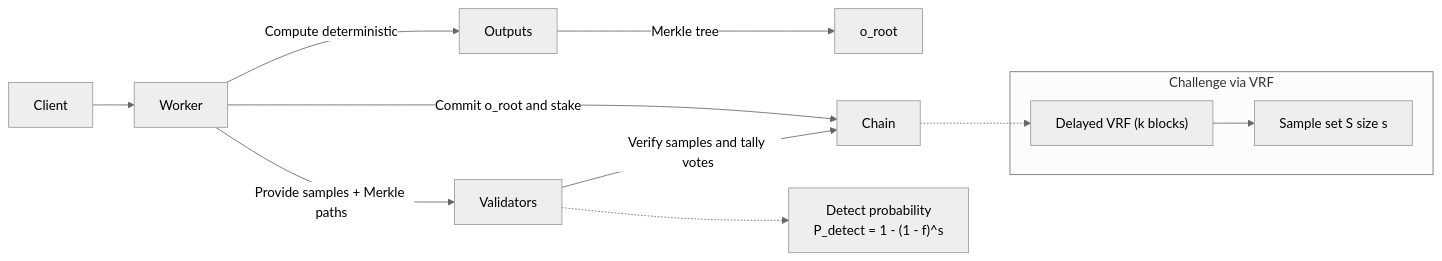
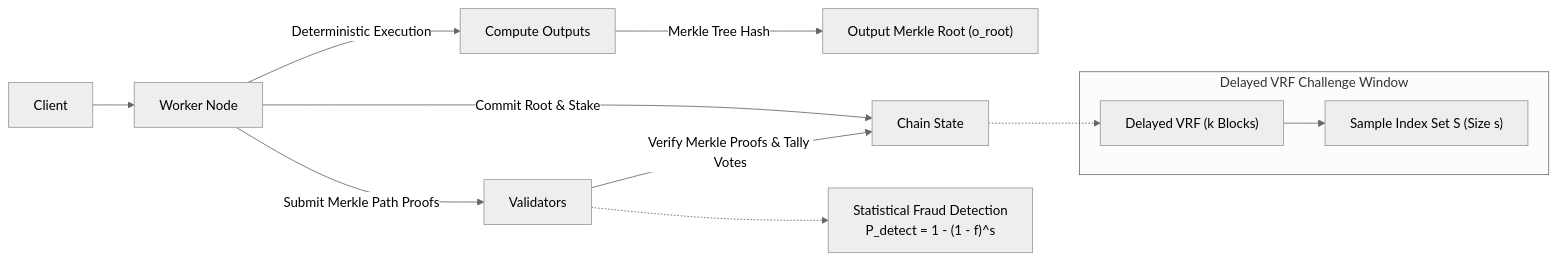
The fifth of 7 diagrams in docs/architecture/NAKHARAX_PROTOCOL.md (axionaxprotocol/nakharax), drawn with Mermaid (neutral theme) before and after one commit. The commit also changed other lines of this file and 53 other files, not shown here.

````diff
--- a/docs/architecture/NAKHARAX_PROTOCOL.md
+++ b/docs/architecture/NAKHARAX_PROTOCOL.md
@@ -197,19 +174,19 @@
 ```mermaid
 flowchart LR
-    Client["Client"] --> W["Worker"]
-    W -->|Compute deterministic| Out["Outputs"]
-    Out -->|Merkle tree| Root["o_root"]
-    W -->|Commit o_root and stake| Chain["Chain"]
+    Client["Client"] --> W["Worker Node"]
+    W -->|Deterministic Execution| Out["Compute Outputs"]
+    Out -->|Merkle Tree Hash| Root["Output Merkle Root (o_root)"]
+    W -->|Commit Root & Stake| Chain["Chain State"]
 
-    subgraph Challenge["Challenge via VRF"]
-        VRF["Delayed VRF (k blocks)"]
-        S["Sample set S size s"]
+    subgraph Challenge["Delayed VRF Challenge Window"]
+        VRF["Delayed VRF (k Blocks)"]
+        S["Sample Index Set S (Size s)"]
     end
 
     Chain -.-> VRF --> S
-    W -->|Provide samples + Merkle paths| V["Validators"]
-    V -->|Verify samples and tally votes| Chain
+    W -->|Submit Merkle Path Proofs| V["Validators"]
+    V -->|Verify Merkle Proofs & Tally Votes| Chain
 
-    PDetect["Detect probability<br/>P_detect = 1 - (1 - f)^s"]
+    PDetect["Statistical Fraud Detection<br/>P_detect = 1 - (1 - f)^s"]
     V -.-> PDetect
 ```
````
